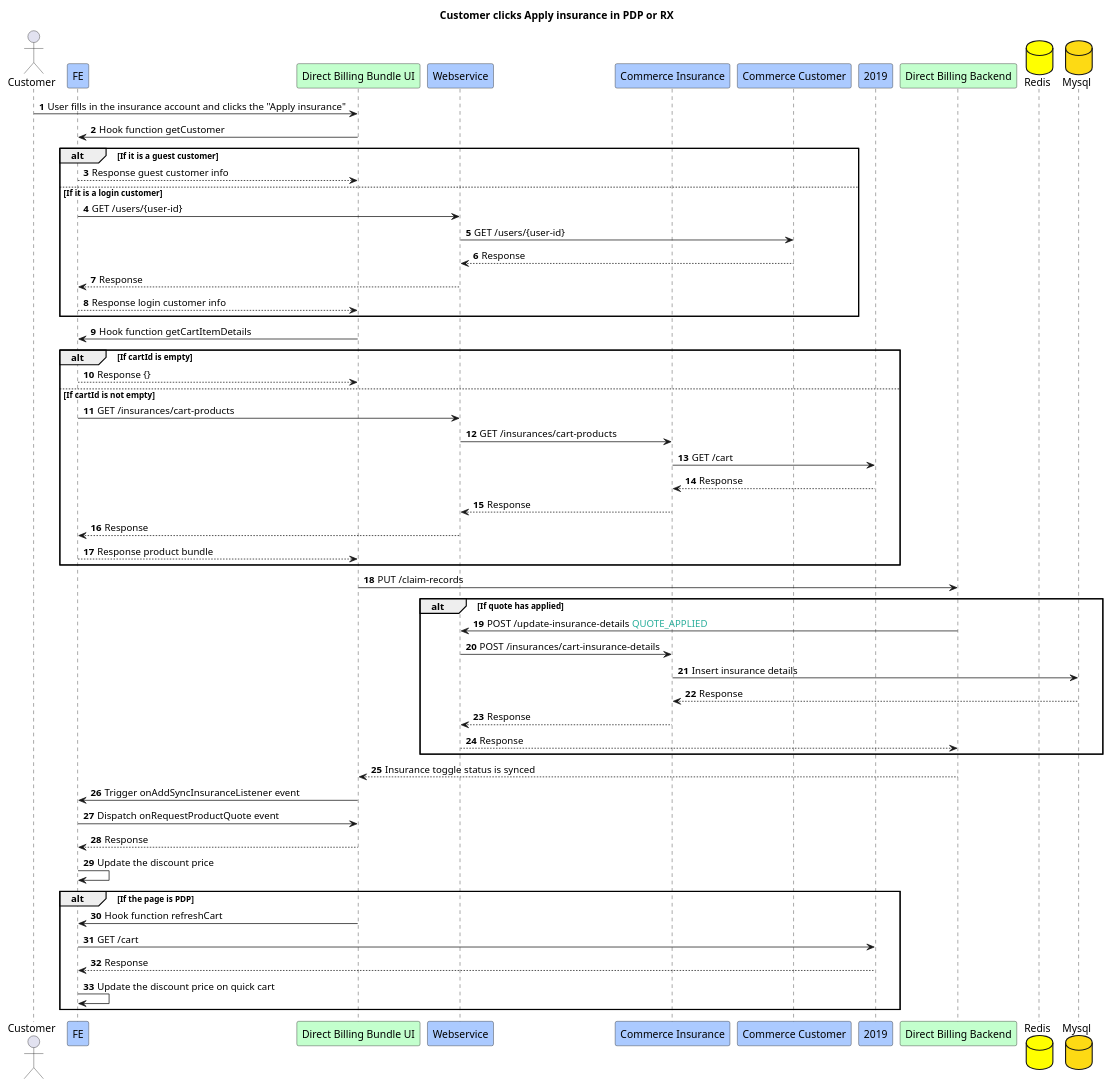
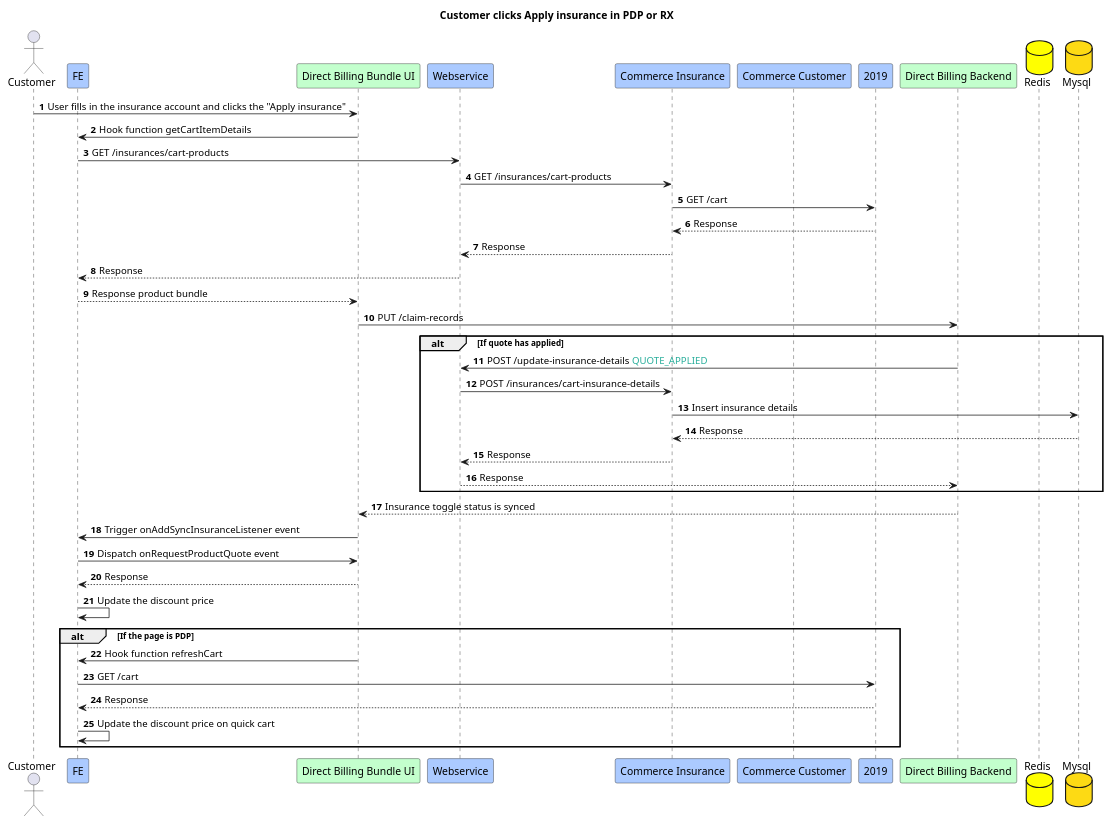
Before and after one commit to Jayounger/EyeMed-Sequence-Diagram: the diagram in 2.2.Customer clicks Apply insurance in PDP or RX.puml, drawn with PlantUML. The commit also changed 4 other files, not shown here.

```diff
--- a/2.2.Customer clicks Apply insurance in PDP or RX.puml
+++ b/2.2.Customer clicks Apply insurance in PDP or RX.puml
@@ -1,68 +1,53 @@
 @startuml
 title Customer clicks Apply insurance in PDP or RX
 actor Customer
 participant FE #abcaff
 participant "Direct Billing Bundle UI" #c3ffcd
 participant "Webservice" #abcaff
 participant "Commerce Insurance" #abcaff
 participant "Commerce Customer" #abcaff
 participant "2019" #abcaff
 participant "Direct Billing Backend" #c3ffcd
 database "Redis" #yellow
 database "Mysql" #fdda14
 
 autonumber
 Customer -> "Direct Billing Bundle UI":User fills in the insurance account and clicks the "Apply insurance"
-"Direct Billing Bundle UI" -> FE:Hook function getCustomer
-
-alt If it is a guest customer
-    FE --> "Direct Billing Bundle UI":Response guest customer info
-else If it is a login customer
-    FE -> "Webservice":GET /users/{user-id}
-    "Webservice" -> "Commerce Customer":GET /users/{user-id}
-    "Commerce Customer" --> "Webservice":Response
-    "Webservice" --> FE:Response
-    FE --> "Direct Billing Bundle UI":Response login customer info
-end
 
 "Direct Billing Bundle UI" -> FE:Hook function getCartItemDetails
-alt If cartId is empty
-    FE --> "Direct Billing Bundle UI":Response {}
-else If cartId is not empty
-    FE -> "Webservice":GET /insurances/cart-products
-    "Webservice" -> "Commerce Insurance":GET /insurances/cart-products
-    "Commerce Insurance" -> 2019:GET /cart
-    2019 --> "Commerce Insurance":Response
-    "Commerce Insurance" --> "Webservice":Response
-    "Webservice" --> FE:Response
-    FE --> "Direct Billing Bundle UI":Response product bundle
-end
+FE -> "Webservice":GET /insurances/cart-products
+"Webservice" -> "Commerce Insurance":GET /insurances/cart-products
+"Commerce Insurance" -> 2019:GET /cart
+2019 --> "Commerce Insurance":Response
+"Commerce Insurance" --> "Webservice":Response
+"Webservice" --> FE:Response
+FE --> "Direct Billing Bundle UI":Response product bundle
 
 "Direct Billing Bundle UI" -> "Direct Billing Backend": PUT /claim-records
 
 alt If quote has applied
     "Direct Billing Backend" -> "Webservice":POST /update-insurance-details <font color=#27ad9a>QUOTE_APPLIED
     "Webservice" -> "Commerce Insurance":POST /insurances/cart-insurance-details
     "Commerce Insurance" -> "Mysql":Insert insurance details
     "Mysql" --> "Commerce Insurance":Response
     "Commerce Insurance" --> "Webservice":Response
     "Webservice" --> "Direct Billing Backend":Response
 end
 
 "Direct Billing Backend" --> "Direct Billing Bundle UI":Insurance toggle status is synced
 "Direct Billing Bundle UI" -> FE:Trigger onAddSyncInsuranceListener event
 FE -> "Direct Billing Bundle UI":Dispatch onRequestProductQuote event
 "Direct Billing Bundle UI" --> FE:Response
 FE -> FE:Update the discount price
 
 alt If the page is PDP
     "Direct Billing Bundle UI" -> FE:Hook function refreshCart
     FE -> 2019:GET /cart
     2019 --> FE:Response
     FE ->FE:Update the discount price on quick cart
 end
 
 '    note right
 '    The step 24 and the step 26 happen at the same time.
 '    end note
 @enduml
```
